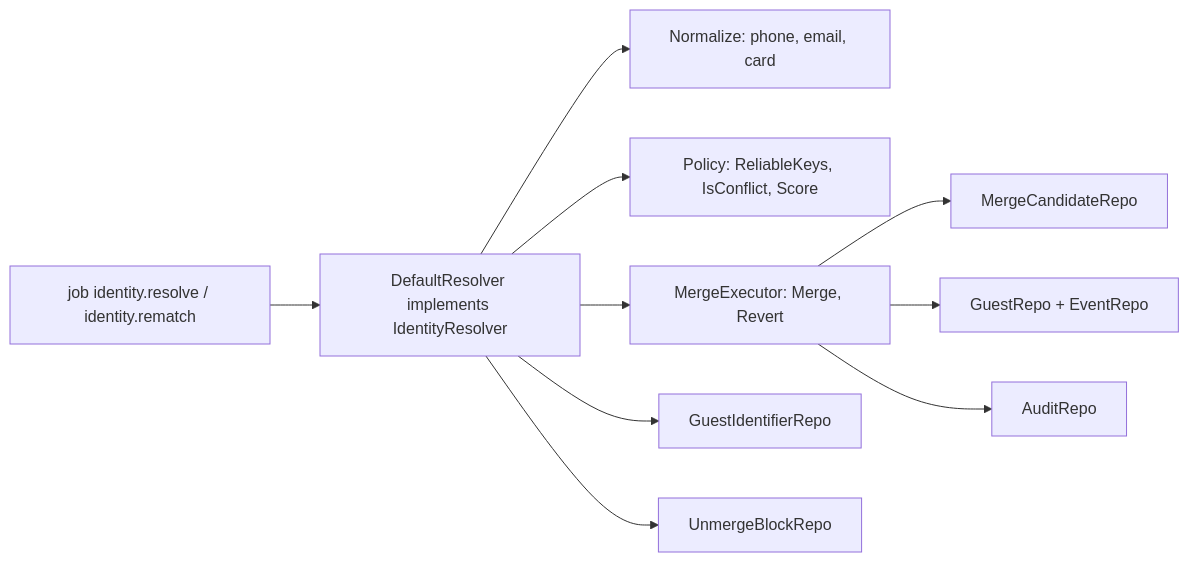
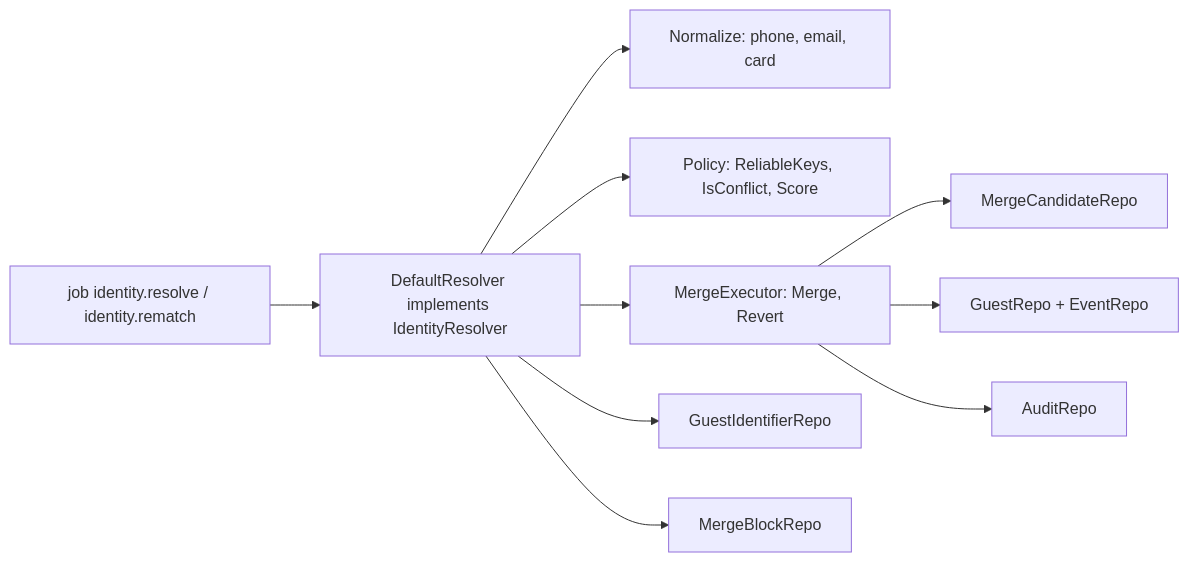
One commit to MangriMen/UCRP changed the fifth of 5 diagrams in docs/design/12-c4.md. Above: the diagram before and after it, drawn with Mermaid. The commit also changed other lines of this file and 154 other files, not shown here.

````diff
--- a/docs/design/12-c4.md
+++ b/docs/design/12-c4.md
@@ -114,22 +114,22 @@
 ```mermaid
 flowchart LR
   JOB["job identity.resolve / identity.rematch"]
   DR["DefaultResolver implements IdentityResolver"]
   NZ["Normalize: phone, email, card"]
   PO["Policy: ReliableKeys, IsConflict, Score"]
   ME["MergeExecutor: Merge, Revert"]
   GI["GuestIdentifierRepo"]
-  UB["UnmergeBlockRepo"]
+  UB["MergeBlockRepo"]
   MC["MergeCandidateRepo"]
   GR["GuestRepo + EventRepo"]
   AR["AuditRepo"]
   JOB --> DR
   DR --> NZ
   DR --> GI
   DR --> UB
   DR --> PO
   DR --> ME
   ME --> MC
   ME --> GR
   ME --> AR
 ```
````
